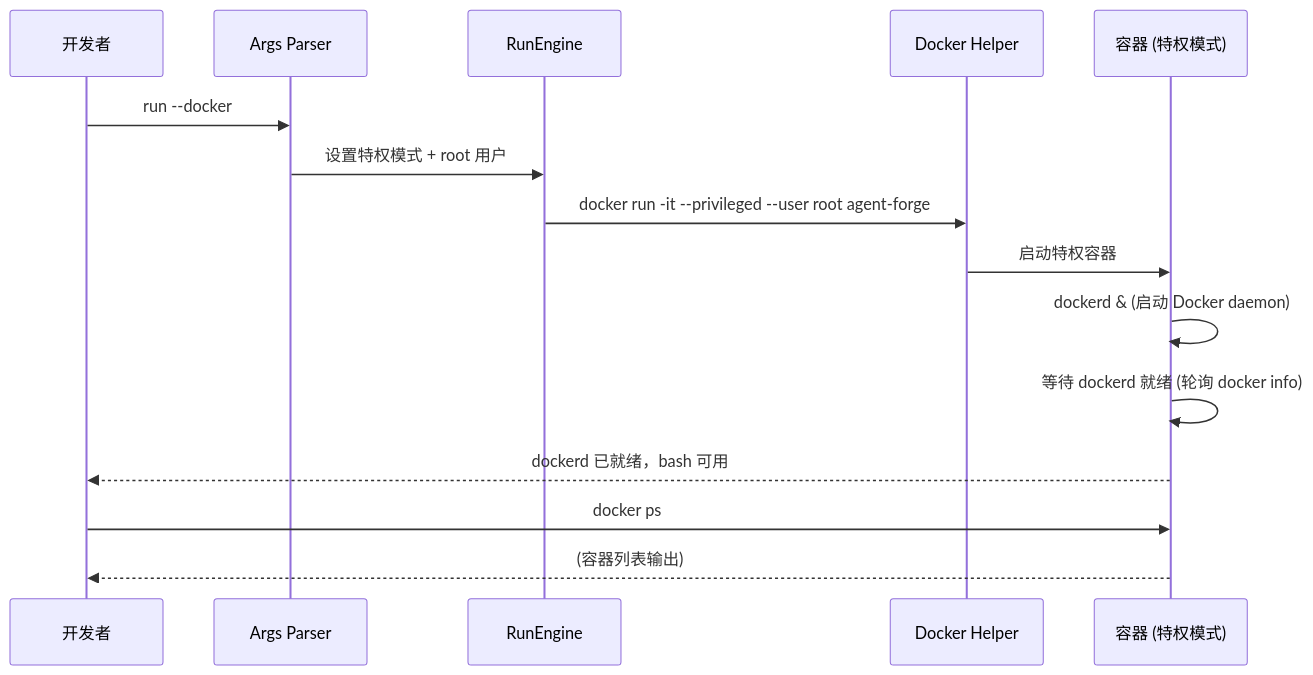
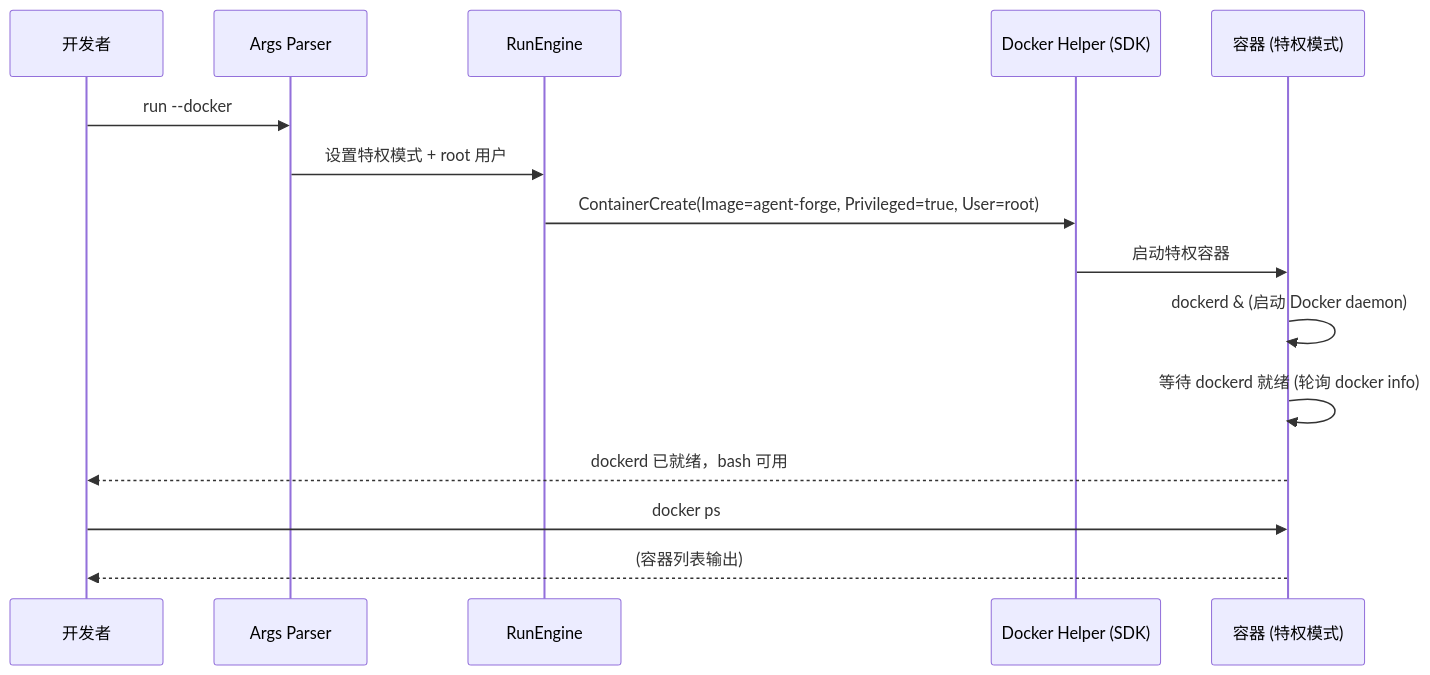
The ninth of 23 diagrams in docs/features/agent-forge/design.md (bianc2018/AgentForge), drawn with Mermaid before and after one commit. The commit also changed other lines of this file, not shown here.

First line of the commit message:
refactor: 设计文档 Docker CLI 全面迁移至 Docker SDK

````diff
--- a/docs/features/agent-forge/design.md
+++ b/docs/features/agent-forge/design.md
@@ -804,18 +799,18 @@
 ```mermaid
 sequenceDiagram
     participant Dev as 开发者
     participant Args as Args Parser
     participant RE as RunEngine
-    participant DH as Docker Helper
+    participant DH as Docker Helper (SDK)
     participant Container as 容器 (特权模式)
 
     Dev->>Args: run --docker
     Args->>RE: 设置特权模式 + root 用户
-    RE->>DH: docker run -it --privileged --user root agent-forge
+    RE->>DH: ContainerCreate(Image=agent-forge, Privileged=true, User=root)
     DH->>Container: 启动特权容器
     Container->>Container: dockerd & (启动 Docker daemon)
     Container->>Container: 等待 dockerd 就绪 (轮询 docker info)
     Container-->>Dev: dockerd 已就绪，bash 可用
     Dev->>Container: docker ps
     Container-->>Dev: (容器列表输出)
 ```
````
